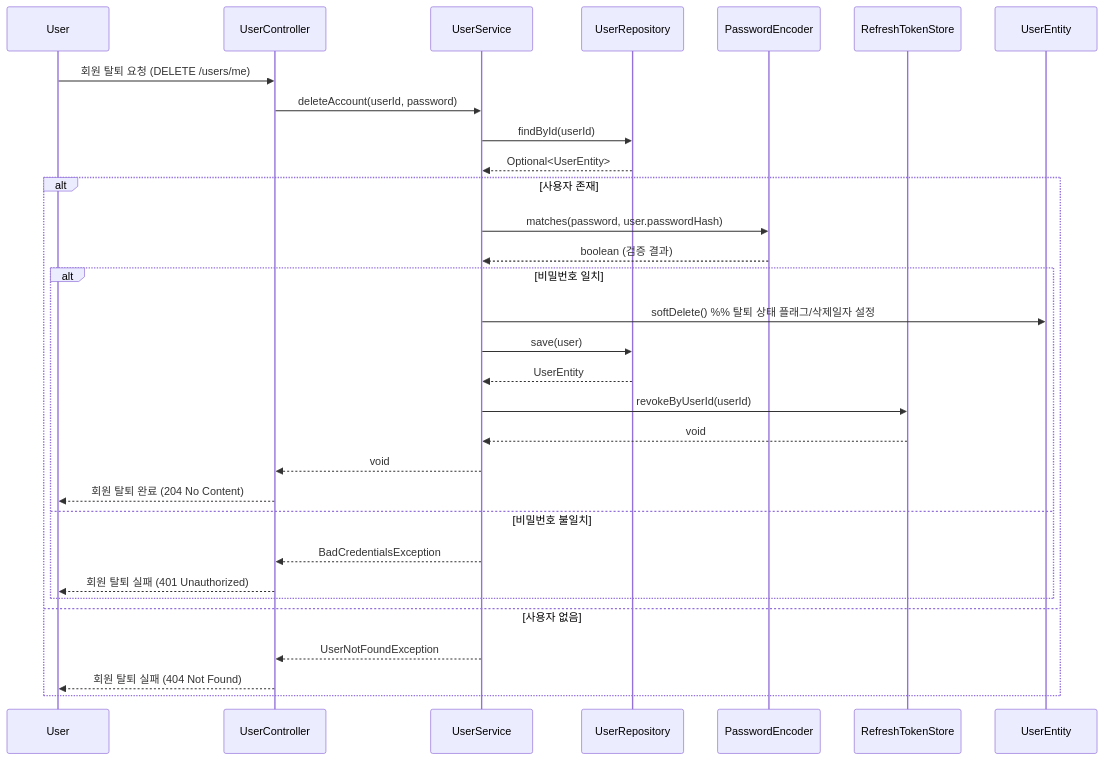
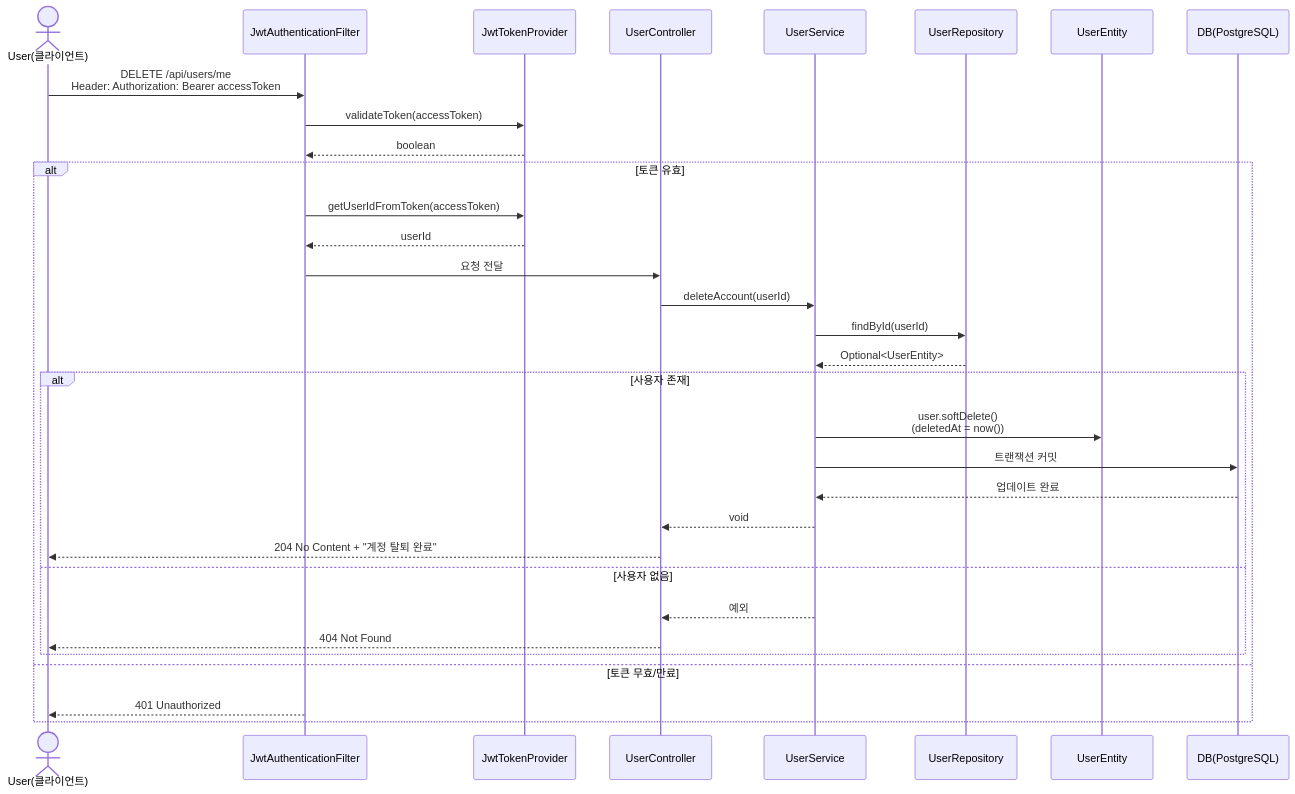
The sixth of 44 diagrams in SDS_[깃라잡이].md (OHWCH/se_dev), drawn with Mermaid before and after one commit. The commit also changed other lines of this file, not shown here.

````diff
--- a/SDS_[깃라잡이].md
+++ b/SDS_[깃라잡이].md
@@ -4933,37 +5039,39 @@
 ```mermaid
 sequenceDiagram
-    participant User
-    participant UserController
-    participant UserService
-    participant UserRepository
-    participant PasswordEncoder
-    participant RefreshTokenStore
+    actor U as User(클라이언트)
+    participant F as JwtAuthenticationFilter
+    participant JP as JwtTokenProvider
+    participant UC as UserController
+    participant US as UserService
+    participant UR as UserRepository
+    participant UE as UserEntity
+    participant DB as DB(PostgreSQL)
 
-    User->>UserController: 회원 탈퇴 요청 (DELETE /users/me)
-    UserController->>UserService: deleteAccount(userId, password)
+    U->>F: DELETE /api/users/me<br/>Header: Authorization: Bearer accessToken
+    F->>JP: validateToken(accessToken)
+    JP-->>F: boolean
 
-    UserService->>UserRepository: findById(userId)
-    UserRepository-->>UserService: Optional<UserEntity>
+    alt 토큰 유효
+        F->>JP: getUserIdFromToken(accessToken)
+        JP-->>F: userId
+        F->>UC: 요청 전달
 
-    alt 사용자 존재
-        UserService->>PasswordEncoder: matches(password, user.passwordHash)
-        PasswordEncoder-->>UserService: boolean (검증 결과)
+        UC->>US: deleteAccount(userId)
+        US->>UR: findById(userId)
+        UR-->>US: Optional<UserEntity>
 
-        alt 비밀번호 일치
-            UserService->>UserEntity: softDelete()  %% 탈퇴 상태 플래그/삭제일자 설정
-            UserService->>UserRepository: save(user)
-            UserRepository-->>UserService: UserEntity
-            UserService->>RefreshTokenStore: revokeByUserId(userId)
-            RefreshTokenStore-->>UserService: void
-            UserService-->>UserController: void
-            UserController-->>User: 회원 탈퇴 완료 (204 No Content)
-        else 비밀번호 불일치
-            UserService-->>UserController: BadCredentialsException
-            UserController-->>User: 회원 탈퇴 실패 (401 Unauthorized)
+        alt 사용자 존재
+            US->>UE: user.softDelete()<br/>(deletedAt = now())
+            US->>DB: 트랜잭션 커밋
+            DB-->>US: 업데이트 완료
+            US-->>UC: void
+            UC-->>U: 204 No Content + "계정 탈퇴 완료"
+        else 사용자 없음
+            US-->>UC: 예외
+            UC-->>U: 404 Not Found
         end
-    else 사용자 없음
-        UserService-->>UserController: UserNotFoundException
-        UserController-->>User: 회원 탈퇴 실패 (404 Not Found)
+    else 토큰 무효/만료
+        F-->>U: 401 Unauthorized
     end
 
 ```
````
